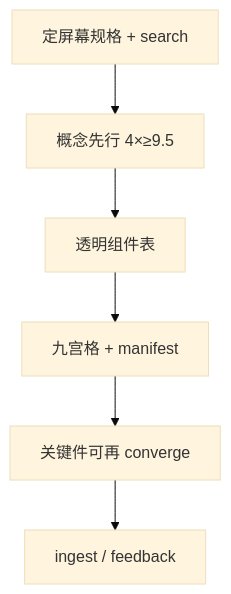
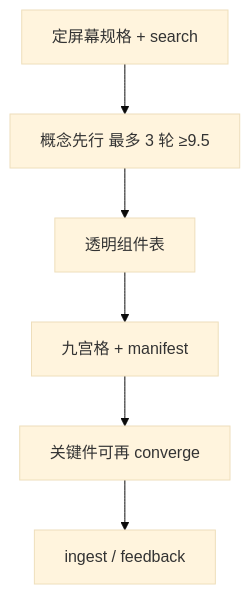
Before and after one commit to mry-ship/pmem-art: the fifth of 14 diagrams in USER_MANUAL.md, drawn with Mermaid (base theme). The commit also changed other lines of this file and 20 other files, not shown here.

````diff
--- a/USER_MANUAL.md
+++ b/USER_MANUAL.md
@@ -172,8 +172,8 @@
 ```mermaid
 flowchart TD
-  A[定屏幕规格 + search] --> B[概念先行 4×≥9.5]
+  A[定屏幕规格 + search] --> B[概念先行 最多 3 轮 ≥9.5]
   B --> C[透明组件表]
   C --> D[九宫格 + manifest]
   D --> E[关键件可再 converge]
   E --> F[ingest / feedback]
 ```
````
